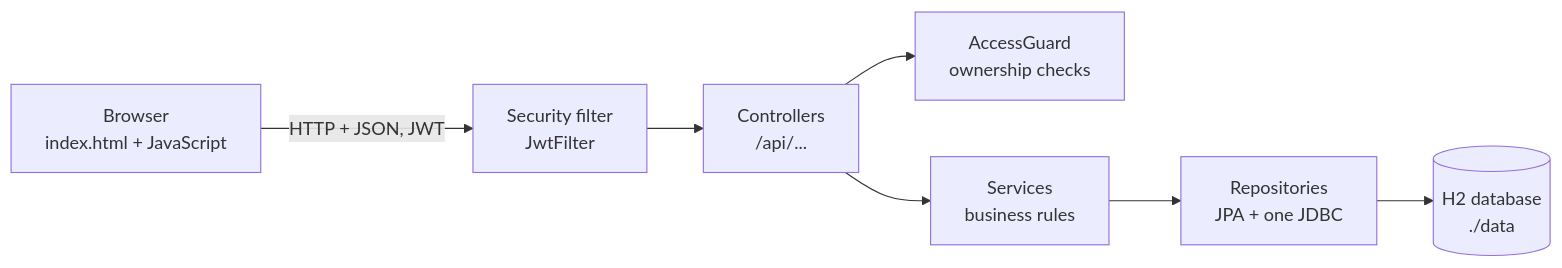
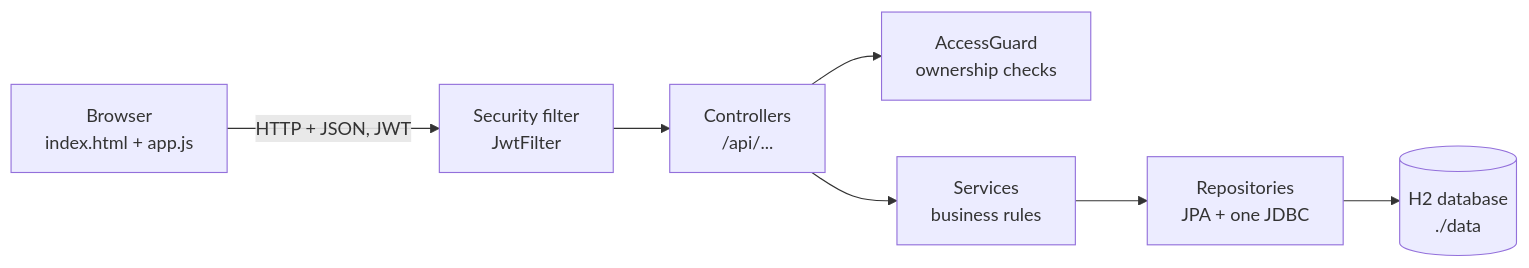
Before and after one commit to Garuli/projects: the first of 2 diagrams in NeoBank/docs/ARCHITECTURE.md, drawn with Mermaid. The commit also changed other lines of this file and 45 other files, not shown here.

````diff
--- a/NeoBank/docs/ARCHITECTURE.md
+++ b/NeoBank/docs/ARCHITECTURE.md
@@ -5,9 +5,9 @@
 ```mermaid
 flowchart LR
-    B["Browser<br/>index.html + JavaScript"] -->|"HTTP + JSON, JWT"| F["Security filter<br/>JwtFilter"]
+    B["Browser<br/>index.html + app.js"] -->|"HTTP + JSON, JWT"| F["Security filter<br/>JwtFilter"]
     F --> C["Controllers<br/>/api/..."]
     C --> G["AccessGuard<br/>ownership checks"]
     C --> S["Services<br/>business rules"]
     S --> R["Repositories<br/>JPA + one JDBC"]
     R --> D[("H2 database<br/>./data")]
 ```
````
